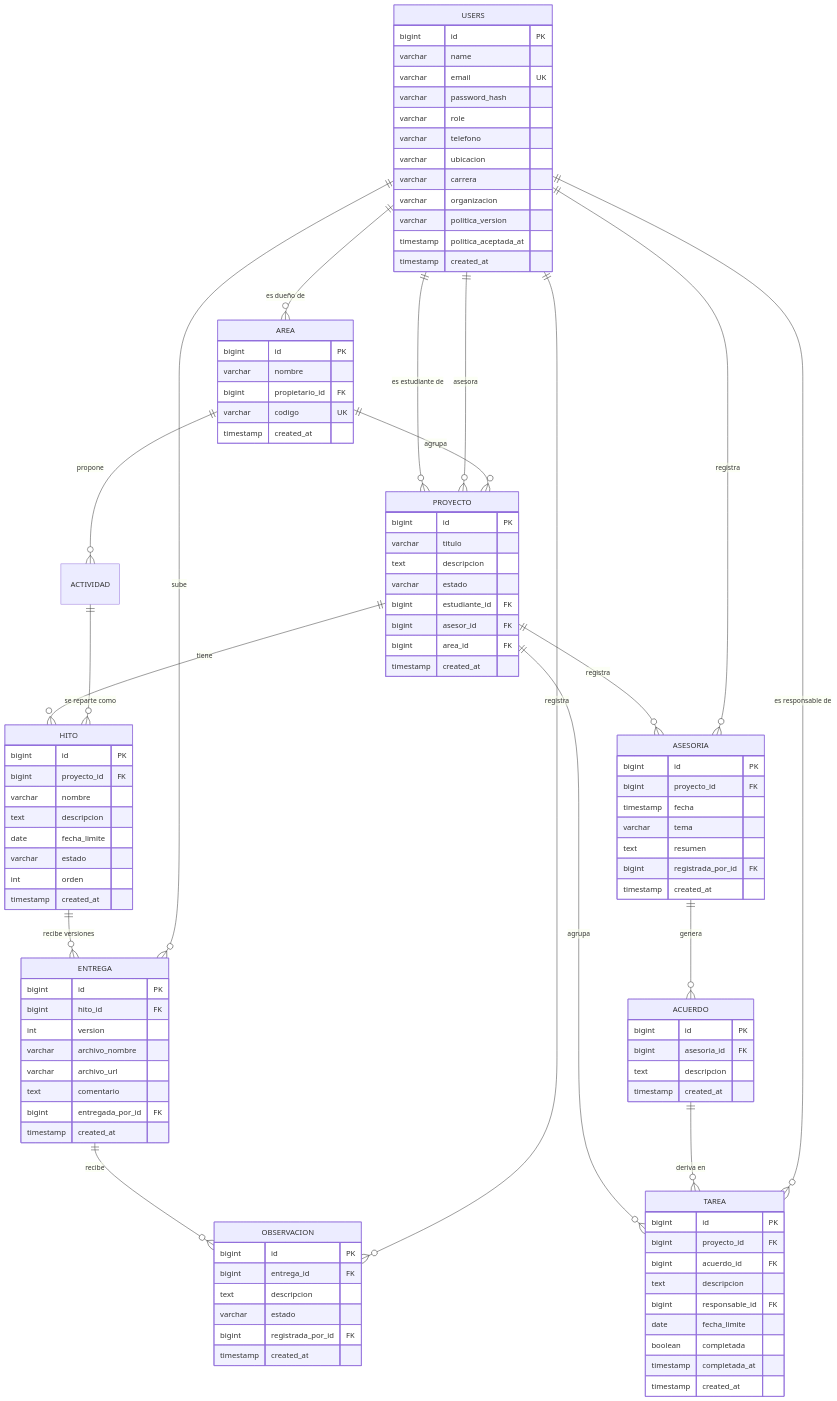
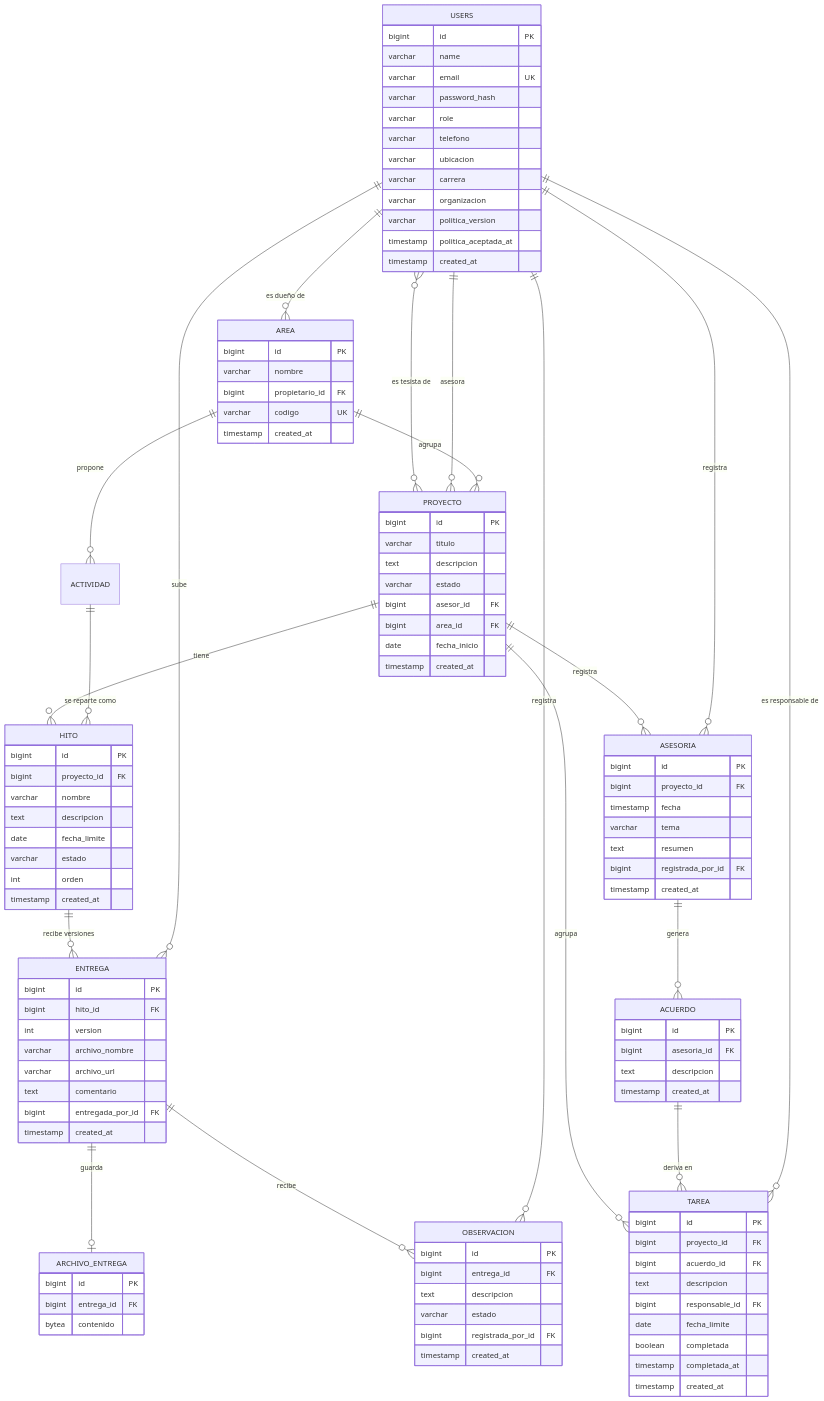
The diagram in TesisTrack/03 - Diseño/Base de datos.md (kepler04/GESTION-DE-TESIS), drawn with Mermaid before and after one commit. The commit also changed other lines of this file and 38 other files, not shown here.

````diff
--- a/TesisTrack/03 - Diseño/Base de datos.md
+++ b/TesisTrack/03 - Diseño/Base de datos.md
@@ -18,7 +18,8 @@
 ```mermaid
 erDiagram
-    USERS ||--o{ PROYECTO : "es estudiante de"
+    USERS }o--o{ PROYECTO : "es tesista de"
     USERS ||--o{ PROYECTO : "asesora"
+    ENTREGA ||--o| ARCHIVO_ENTREGA : "guarda"
     PROYECTO ||--o{ HITO : "tiene"
     PROYECTO ||--o{ ASESORIA : "registra"
     PROYECTO ||--o{ TAREA : "agrupa"
@@ -61,10 +62,15 @@
         varchar titulo
         text descripcion
         varchar estado
-        bigint estudiante_id FK
         bigint asesor_id FK
         bigint area_id FK
+        date fecha_inicio
         timestamp created_at
+    }
+    ARCHIVO_ENTREGA {
+        bigint id PK
+        bigint entrega_id FK
+        bytea contenido
     }
     HITO {
         bigint id PK
````
